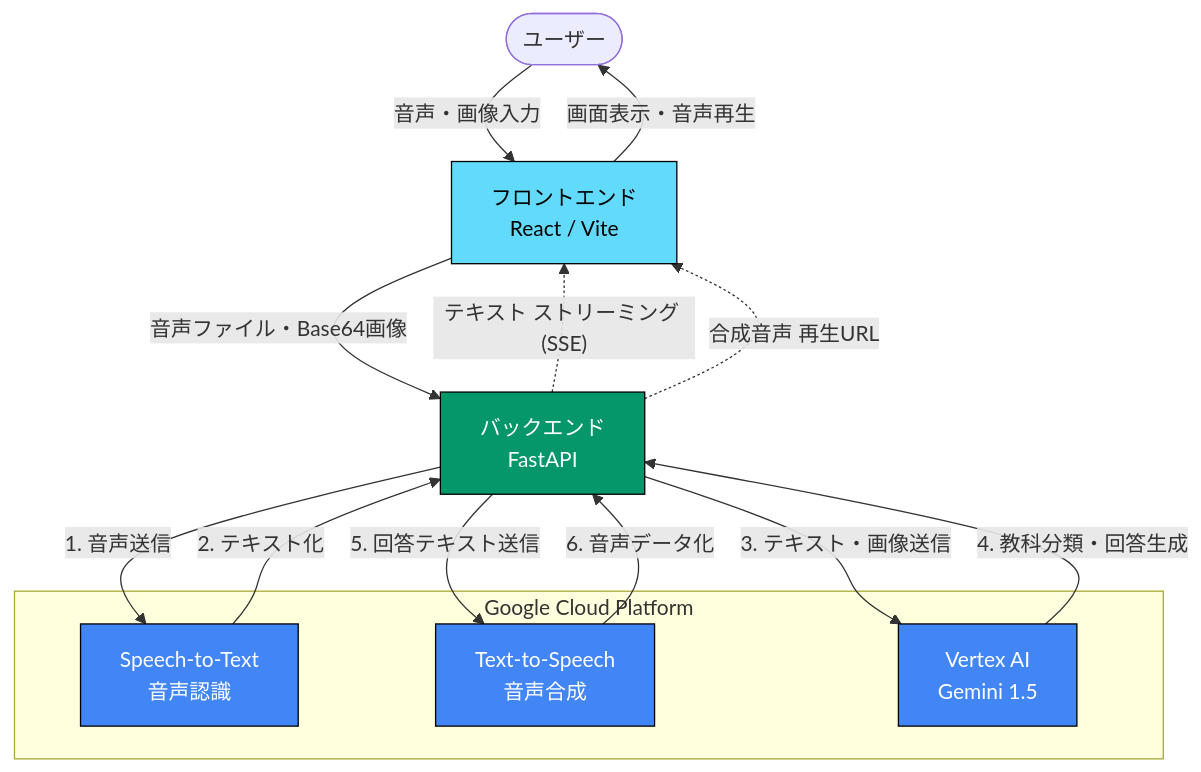
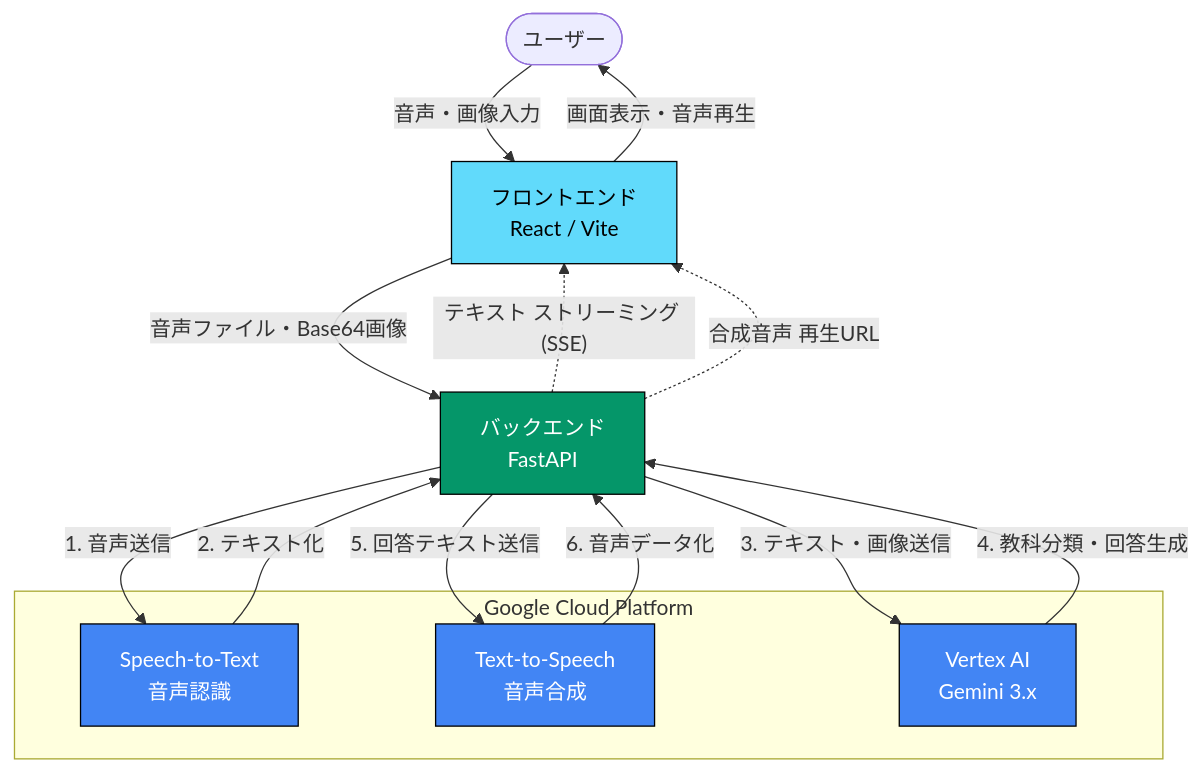
The diagram in README.md (yoichi-1984/Tutor-AI), drawn with Mermaid before and after one commit. The commit also changed 1 other file, not shown here.

````diff
--- a/README.md
+++ b/README.md
@@ -24,35 +24,35 @@
 ```mermaid
 graph TD
     User([ユーザー]) -->|音声・画像入力| FE[フロントエンド<br>React / Vite]
     
     FE -->|音声ファイル・Base64画像| BE[バックエンド<br>FastAPI]
     
     subgraph "Google Cloud Platform"
         STT[Speech-to-Text<br>音声認識]
         TTS[Text-to-Speech<br>音声合成]
-        Vertex[Vertex AI<br>Gemini 1.5]
+        Vertex[Vertex AI<br>Gemini 3.x]
     end
     
     BE -->|1. 音声送信| STT
     STT -->|2. テキスト化| BE
     
     BE -->|3. テキスト・画像送信| Vertex
     Vertex -->|4. 教科分類・回答生成| BE
     
     BE -->|5. 回答テキスト送信| TTS
     TTS -->|6. 音声データ化| BE
     
     BE -.->|"テキスト ストリーミング (SSE)"| FE
     BE -.->|"合成音声 再生URL"| FE
     
     FE -->|画面表示・音声再生| User
 
     %% スタイリング
     classDef frontend fill:#61DAFB,stroke:#000,stroke-width:1px,color:#000;
     classDef backend fill:#059669,stroke:#000,stroke-width:1px,color:#fff;
     classDef gcp fill:#4285F4,stroke:#000,stroke-width:1px,color:#fff;
     
     class FE frontend;
     class BE backend;
     class STT,TTS,Vertex gcp;
 ```
````
